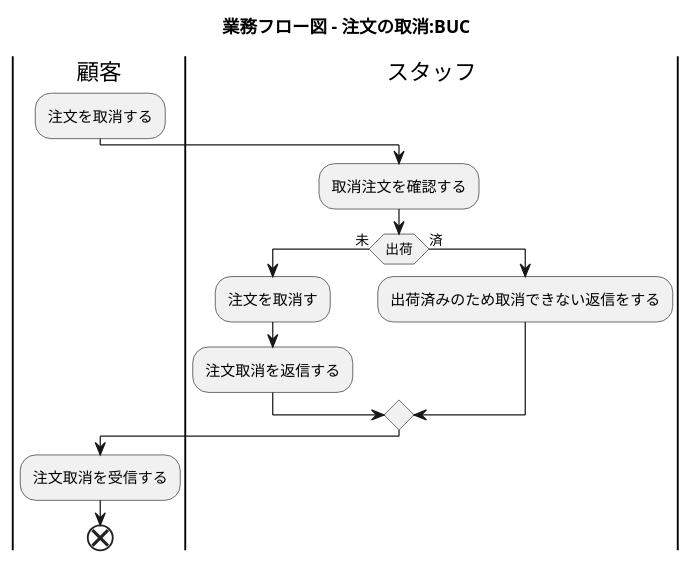
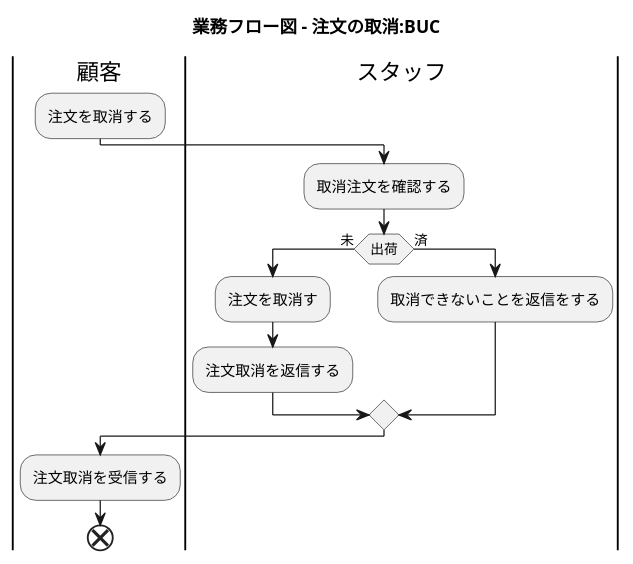
One commit to k2works/application_programing_excercise_2022 changed diagram 12 of 28 in docs/index.adoc. Above: the diagram before and after it, drawn with PlantUML. The commit also changed other lines of this file, not shown here.

Commit message:
docs: ユースケース複合図

```diff
--- a/docs/index.adoc
+++ b/docs/index.adoc
@@ -426,25 +428,25 @@
 [plantuml]
 ----
 @startuml
 
 title 業務フロー図 - 注文の取消:BUC
 
 |顧客|
 :注文を取消する;
 
 |スタッフ|
 :取消注文を確認する;
 if (出荷) then (未)
  |スタッフ|
  :注文を取消す;
  :注文取消を返信する;
 else (済)
  |スタッフ|
- :出荷済みのため取消できない返信をする;
+ :取消できないことを返信をする;
 endif
 
 |顧客|
 :注文取消を受信する;
 end
 @enduml
 ----
```
